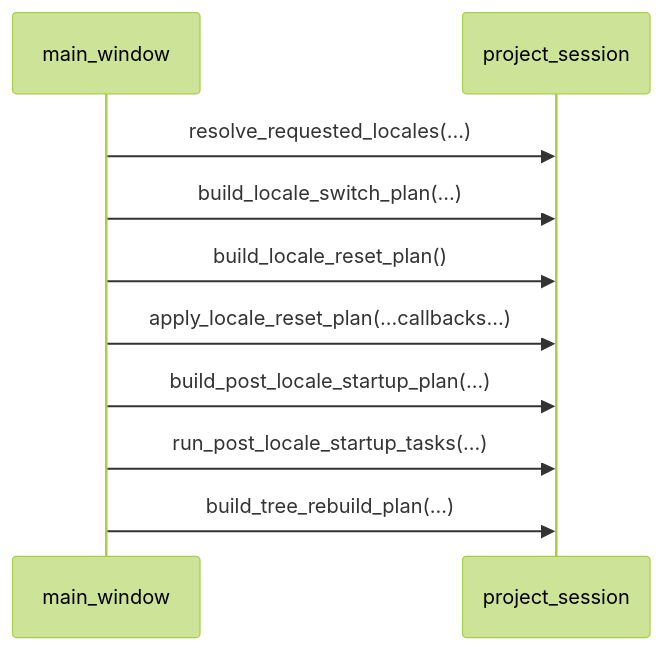
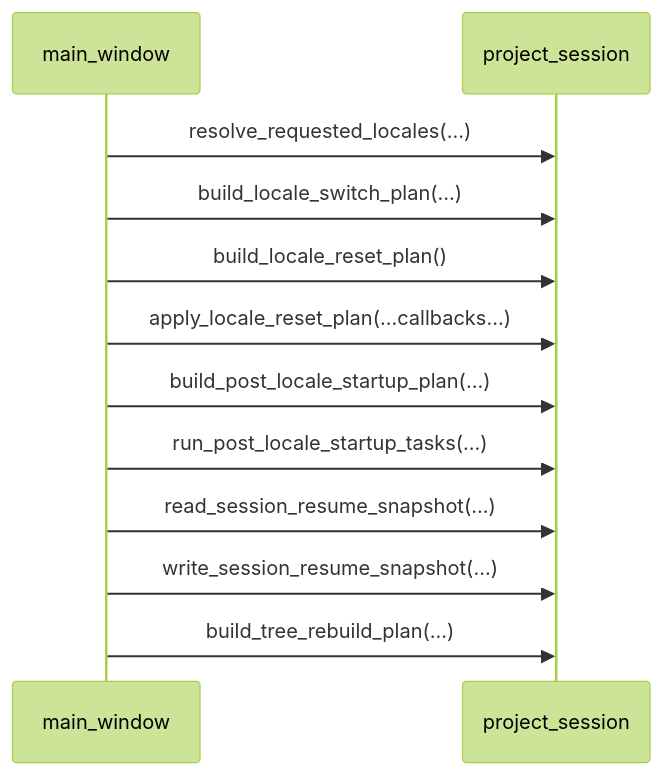
The sixth of 20 diagrams in docs/architecture/code_architecture.md (PlagaMedicum/TranslationZed-py), drawn with Mermaid (forest theme) before and after one commit. The commit also changed other lines of this file and 14 other files, not shown here.

Commit message:
docs: align A32 session-resume behavior and contracts

````diff
--- a/docs/architecture/code_architecture.md
+++ b/docs/architecture/code_architecture.md
@@ -203,12 +209,14 @@
 ```mermaid
 sequenceDiagram
   participant GUI as main_window
   participant PS as project_session
   GUI->>PS: resolve_requested_locales(...)
   GUI->>PS: build_locale_switch_plan(...)
   GUI->>PS: build_locale_reset_plan()
   GUI->>PS: apply_locale_reset_plan(...callbacks...)
   GUI->>PS: build_post_locale_startup_plan(...)
   GUI->>PS: run_post_locale_startup_tasks(...)
+  GUI->>PS: read_session_resume_snapshot(...)
+  GUI->>PS: write_session_resume_snapshot(...)
   GUI->>PS: build_tree_rebuild_plan(...)
 ```
````
